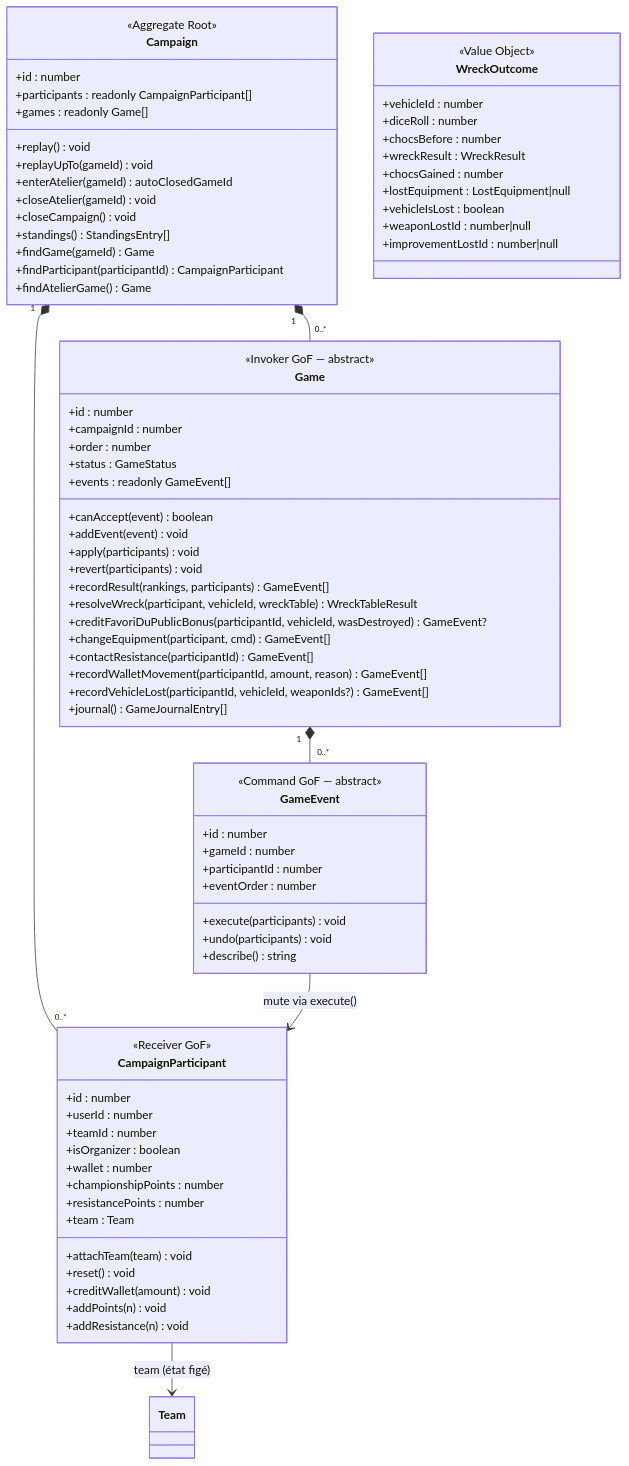
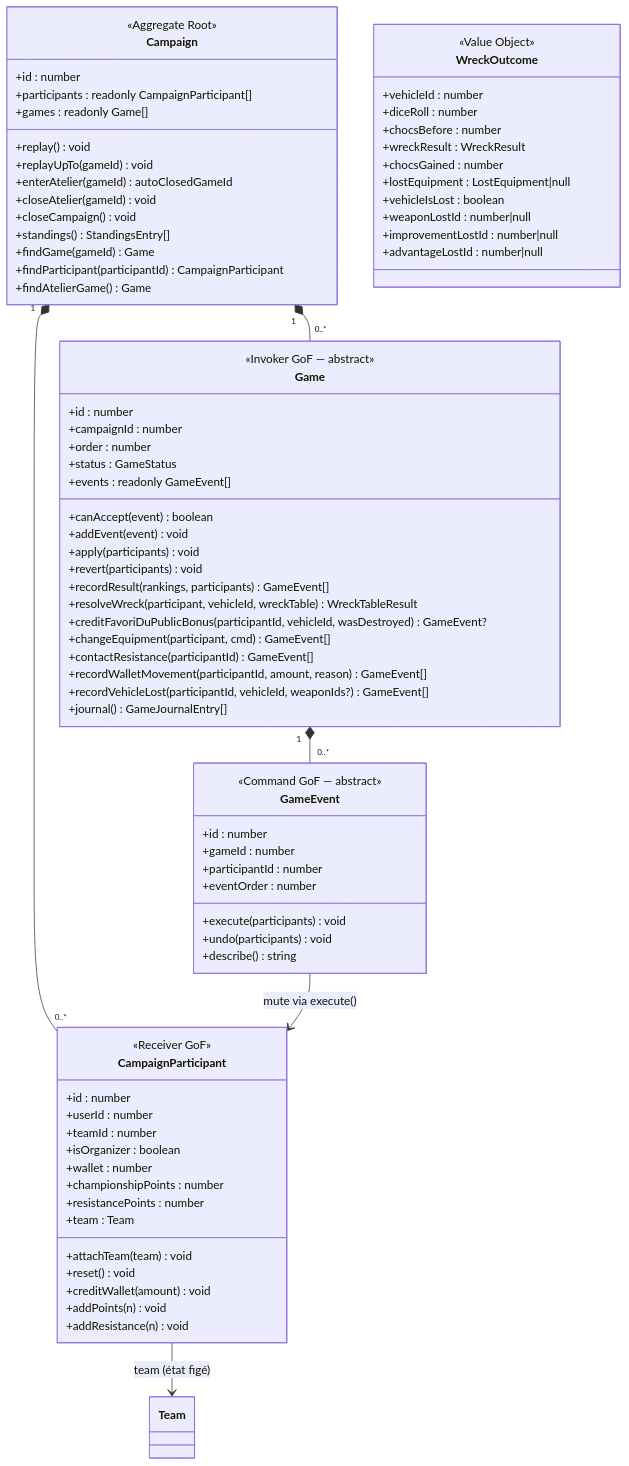
Before and after one commit to arnaudbracchetti/gaslands-manager: the fourth of 4 diagrams in docs/DOMAIN_MODEL.md, drawn with Mermaid. The commit also changed other lines of this file and 37 other files, not shown here.

```diff
--- a/docs/DOMAIN_MODEL.md
+++ b/docs/DOMAIN_MODEL.md
@@ -667,6 +668,7 @@
         +vehicleIsLost : boolean
         +weaponLostId : number|null
         +improvementLostId : number|null
+        +advantageLostId : number|null
     }
 
     Campaign "1" *-- "0..*" CampaignParticipant
```
